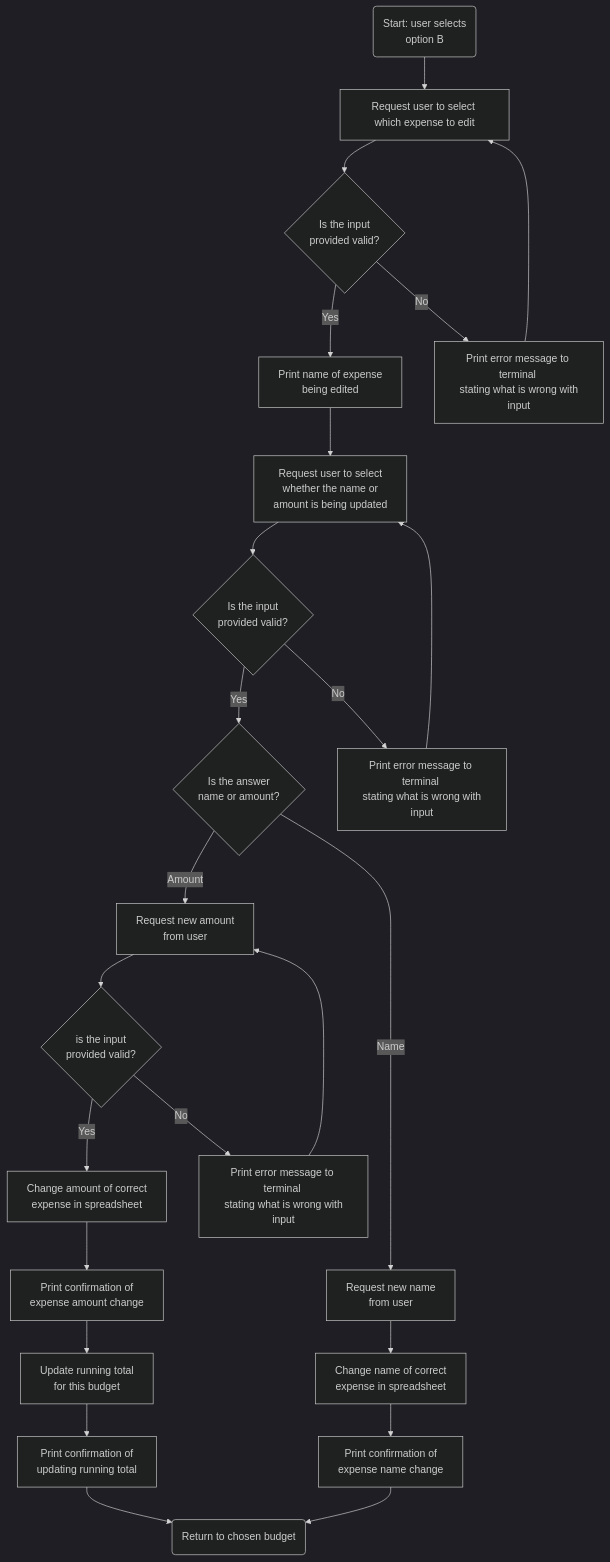
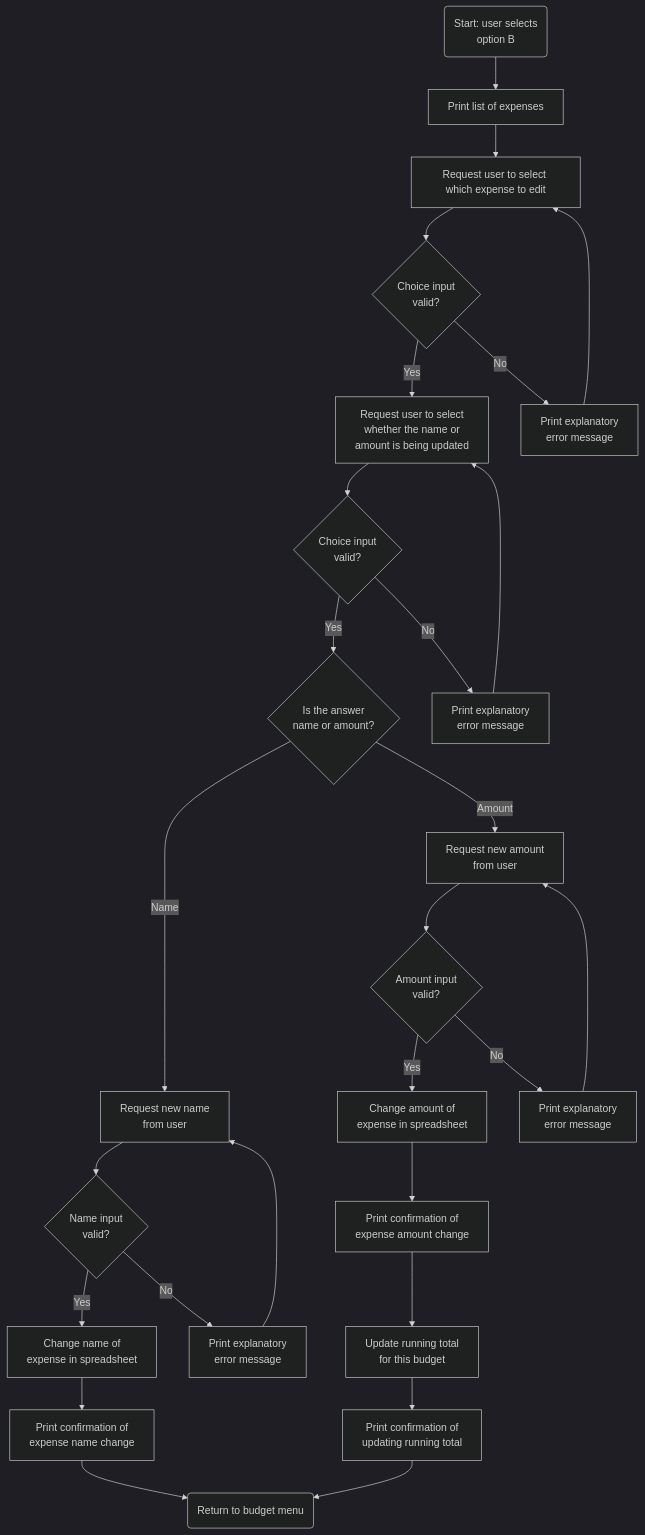
The sixth of 8 diagrams in README.md (EvitaKnits/Cashflow-Companion), drawn with Mermaid (dark theme) before and after one commit. The commit also changed other lines of this file and 1 other file, not shown here.

````diff
--- a/README.md
+++ b/README.md
@@ -232,26 +292,30 @@
 ```mermaid
 flowchart TD
-    A(Start: user selects \n option B) --> B[Request user to select which expense to edit]
-    B --> C{Is the input \n provided valid?}
-    C -->|Yes| E[Print name of expense \n being edited]
-    C -->|No| D[Print error message to terminal \n stating what is wrong with input]
-    D -->B
-    E -->F[Request user to select \n whether the name or \n amount is being updated]
-    F --> G{Is the input \n provided valid?}
-    G -->|Yes| I{Is the answer \n name or amount?} 
-    G -->|No| J[Print error message to terminal \n stating what is wrong with input]
-    J --> F
-    I -->|Name| K[Request new name \n from user]
-    I -->|Amount| L[Request new amount \n from user]
-    K --> M[Change name of correct \n expense in spreadsheet]
-    L --> N{is the input \n provided valid?}
-    N -->|Yes| R[Change amount of correct \n expense in spreadsheet]
-    N -->|No| P[Print error message to terminal \n stating what is wrong with input]    
-    P --> L
-    M --> S[Print confirmation of \n expense name change]
-    R --> T[Print confirmation of \n expense amount change]
-    T --> U[Update running total \n for this budget]
-    U --> V[Print confirmation of \n updating running total]
-    V --> W(Return to chosen budget)
-    S --> W
+    A(Start: user selects \n option B) --> A1[Print list of expenses]
+    A1-->B[Request user to select which expense to edit]
+    B-->C{Choice input\n valid?}
+    C-->|Yes| E[Request user to select \n whether the name or \n amount is being updated]
+    C-->|No| D[Print explanatory\n error message]
+    D-->B
+    E-->F{Choice input\n valid?}
+    F-->|Yes|G{Is the answer \n name or amount?} 
+    F-->|No|H[Print explanatory\n error message]
+    H-->E
+    G-->|Name|I[Request new name \n from user]
+    G -->|Amount|J[Request new amount \n from user]
+    I-->K{Name input\n valid?}
+    K-->|Yes|L[Change name of \n expense in spreadsheet]
+    K-->|No|M[Print explanatory\n error message]
+    M-->I
+    J-->N{Amount input\n valid?}
+    N-->|Yes|O[Change amount of \n expense in spreadsheet]
+    N-->|No|P[Print explanatory\n error message] 
+    P-->J
+    L-->Q[Print confirmation of \n expense name change]
+    Q-->R(Return to budget menu)
+    O-->S[Print confirmation of \n expense amount change]
+    S-->T[Update running total \n for this budget]
+    T-->U[Print confirmation of \n updating running total]
+    U-->R
+
 ```
````
